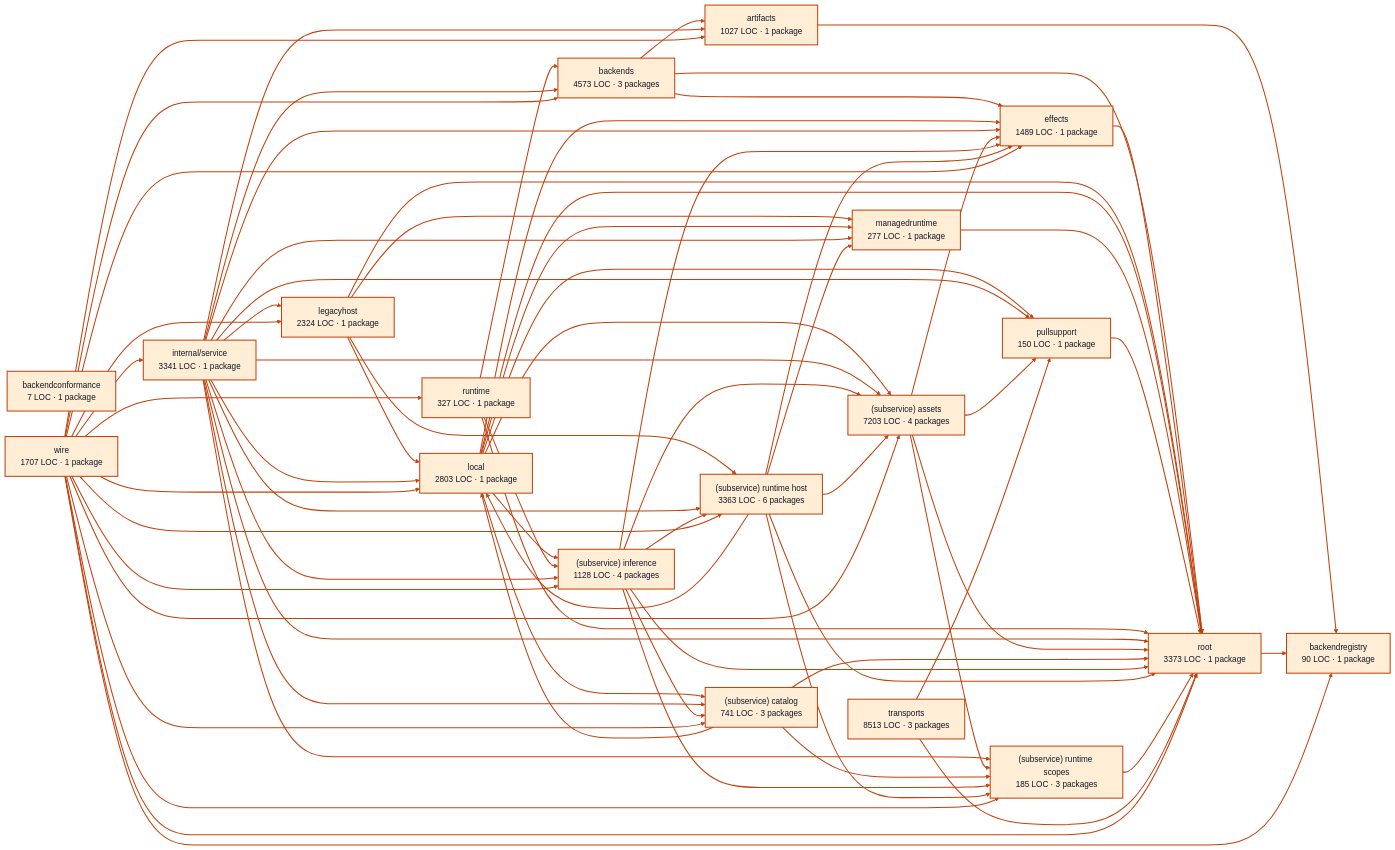
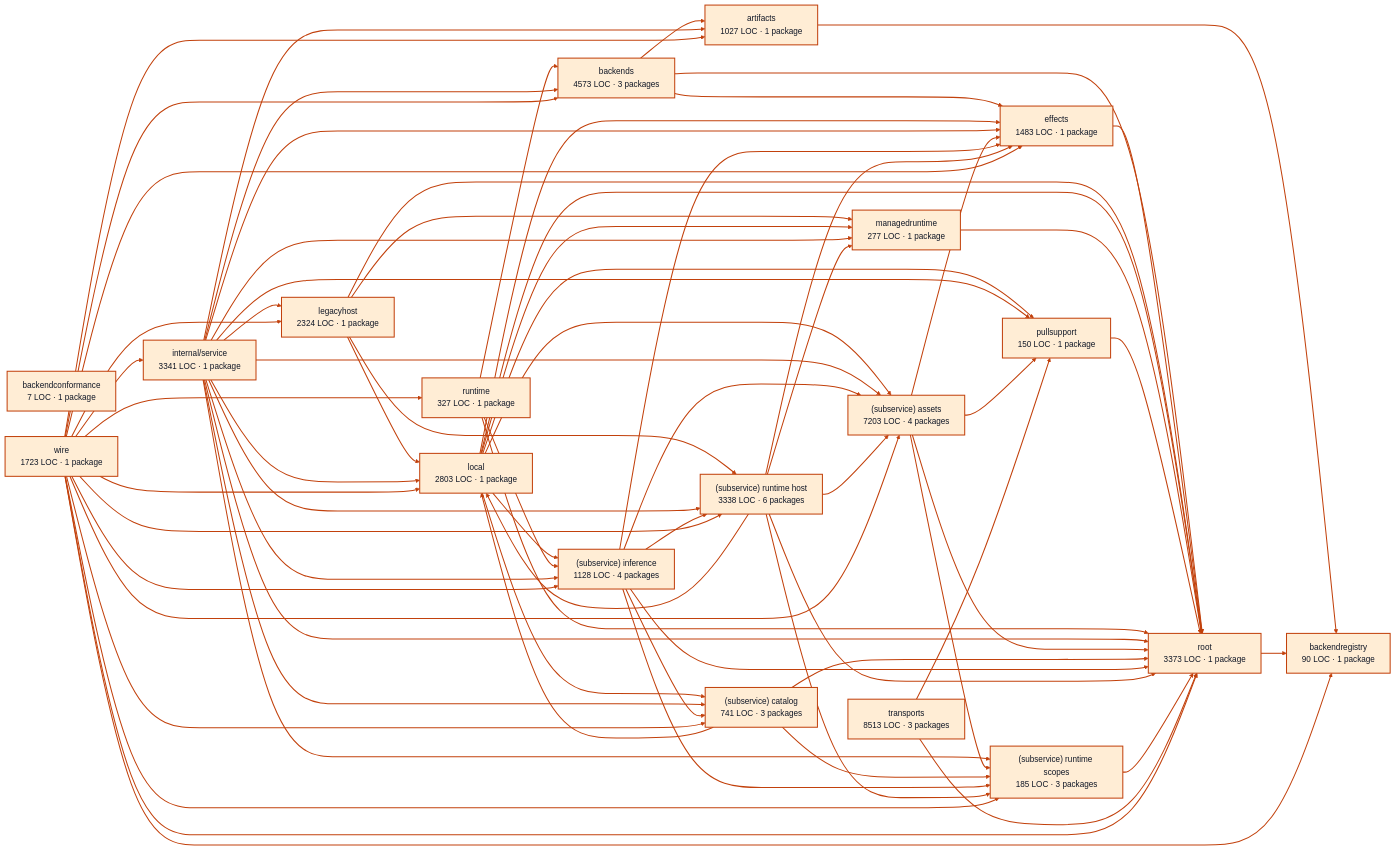
The diagram in docs/architecture/visualizations/services/models.md (portpowered/you-agent-factory), drawn with Mermaid (neutral theme) before and after one commit. The commit also changed other lines of this file and 20 other files, not shown here.

Commit message:
docs: refresh backend architecture visualizations

```diff
--- a/docs/architecture/visualizations/services/models.md
+++ b/docs/architecture/visualizations/services/models.md
@@ -14,7 +14,7 @@
   p1["backendconformance<br/>7 LOC · 1 package"]
   p2["backendregistry<br/>90 LOC · 1 package"]
   p3["backends<br/>4573 LOC · 3 packages"]
-  p4["effects<br/>1489 LOC · 1 package"]
+  p4["effects<br/>1483 LOC · 1 package"]
   p5["legacyhost<br/>2324 LOC · 1 package"]
   p6["local<br/>2803 LOC · 1 package"]
   p7["managedruntime<br/>277 LOC · 1 package"]
@@ -24,11 +24,11 @@
   p11["(subservice) assets<br/>7203 LOC · 4 packages"]
   p12["(subservice) catalog<br/>741 LOC · 3 packages"]
   p13["(subservice) inference<br/>1128 LOC · 4 packages"]
-  p14["(subservice) runtime host<br/>3363 LOC · 6 packages"]
+  p14["(subservice) runtime host<br/>3338 LOC · 6 packages"]
   p15["(subservice) runtime scopes<br/>185 LOC · 3 packages"]
   p16["root<br/>3373 LOC · 1 package"]
   p17["transports<br/>8513 LOC · 3 packages"]
-  p18["wire<br/>1707 LOC · 1 package"]
+  p18["wire<br/>1723 LOC · 1 package"]
   p0 --> p2
   p3 --> p0
   p3 --> p4
```
